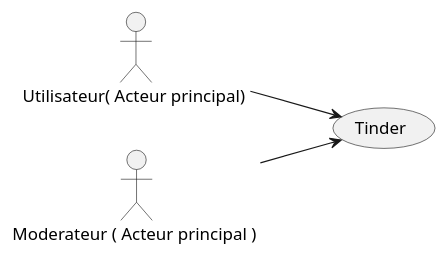
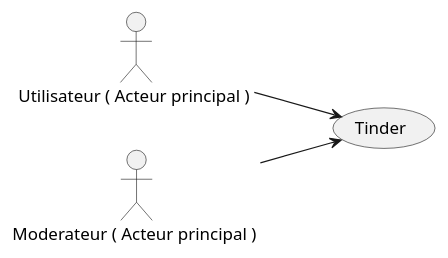
Before and after one commit to MinaroliCorentin/PSO: the diagram in src/Projet_Tinder_Cas_Statique.puml, drawn with PlantUML. The commit also changed 5 other files, not shown here.

```diff
--- a/src/Projet_Tinder_Cas_Statique.puml
+++ b/src/Projet_Tinder_Cas_Statique.puml
@@ -1,9 +1,9 @@
 @startuml
 left to right direction
-"Utilisateur( Acteur principal) " as User
+"Utilisateur ( Acteur principal ) " as User
 "Moderateur ( Acteur principal ) " as Moderator
 "Tinder" as (AppliDeRencontire)
 
 User --> (AppliDeRencontire)
 Moderator --> (AppliDeRencontire)
 @enduml
```
